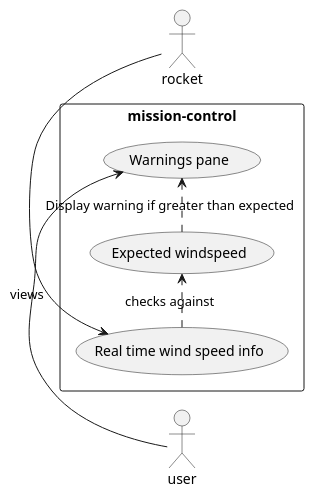
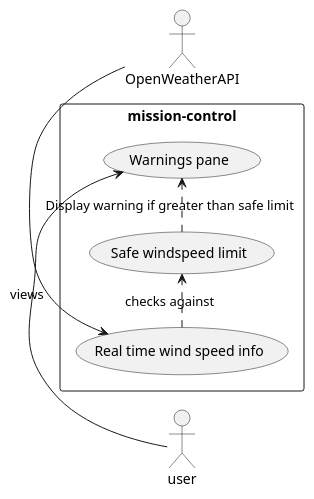
Diagram 12 of 12 in project_requirement/project-requirement.md (Group-10-Studios/Mission-Control), drawn with PlantUML before and after one commit.

Commit message:
#89: Update wind speed warning with suggested changes, replacing rocket actor with OpenWeatherAPI

````diff
--- a/project_requirement/project-requirement.md
+++ b/project_requirement/project-requirement.md
@@ -342,14 +342,14 @@
 ```plantuml
 @startuml
 left to right direction
 skinparam packageStyle rectangle
 actor user
-actor rocket
+actor OpenWeatherAPI
 rectangle mission-control {
    user -> (Warnings pane) : views
-   rocket -> (Real time wind speed info)
-   (Real time wind speed info) .> (Expected windspeed) : checks against
-   (Expected windspeed) .> (Warnings pane) : Display warning if greater than expected
+   OpenWeatherAPI -> (Real time wind speed info)
+   (Real time wind speed info) .> (Safe windspeed limit) : checks against
+   (Safe windspeed limit) .> (Warnings pane) : Display warning if greater than safe limit
 }
 @enduml
 ```
````
